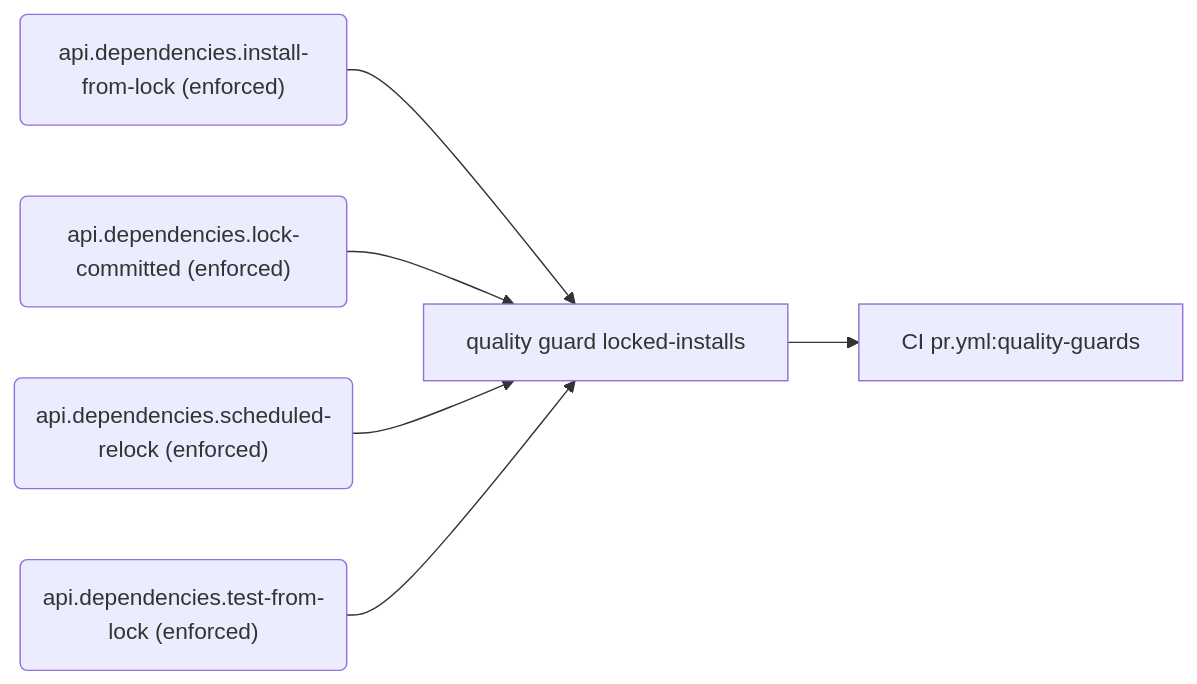
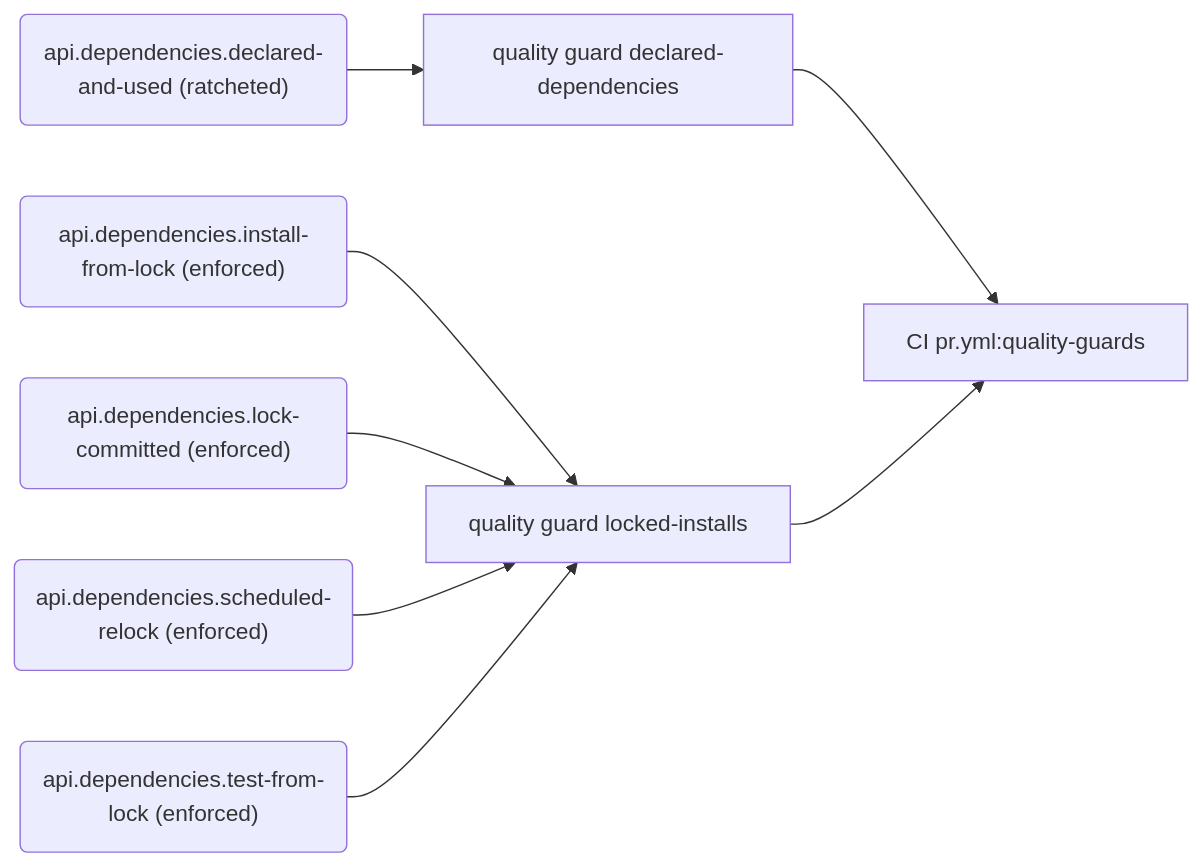
The tenth of 11 diagrams in docs/generated/rules.md (PolicyEngine/policyengine-api), drawn with Mermaid before and after one commit. The commit also changed other lines of this file and 9 other files, not shown here.

First line of the commit message:
Check declared dependencies with deptry, with a baseline

````diff
--- a/docs/generated/rules.md
+++ b/docs/generated/rules.md
@@ -451,14 +455,18 @@
 ```mermaid
 flowchart LR
+  r_api_dependencies_declared_and_used("api.dependencies.declared-and-used (ratcheted)")
+  e_quality_guard_declared_dependencies["quality guard declared-dependencies"]
+  j_CI_pr_yml_quality_guards["CI pr.yml:quality-guards"]
   r_api_dependencies_install_from_lock("api.dependencies.install-from-lock (enforced)")
   e_quality_guard_locked_installs["quality guard locked-installs"]
-  j_CI_pr_yml_quality_guards["CI pr.yml:quality-guards"]
   r_api_dependencies_lock_committed("api.dependencies.lock-committed (enforced)")
   r_api_dependencies_scheduled_relock("api.dependencies.scheduled-relock (enforced)")
   r_api_dependencies_test_from_lock("api.dependencies.test-from-lock (enforced)")
+  r_api_dependencies_declared_and_used --> e_quality_guard_declared_dependencies
+  e_quality_guard_declared_dependencies --> j_CI_pr_yml_quality_guards
   r_api_dependencies_install_from_lock --> e_quality_guard_locked_installs
   e_quality_guard_locked_installs --> j_CI_pr_yml_quality_guards
   r_api_dependencies_lock_committed --> e_quality_guard_locked_installs
   r_api_dependencies_scheduled_relock --> e_quality_guard_locked_installs
   r_api_dependencies_test_from_lock --> e_quality_guard_locked_installs
 ```
````
